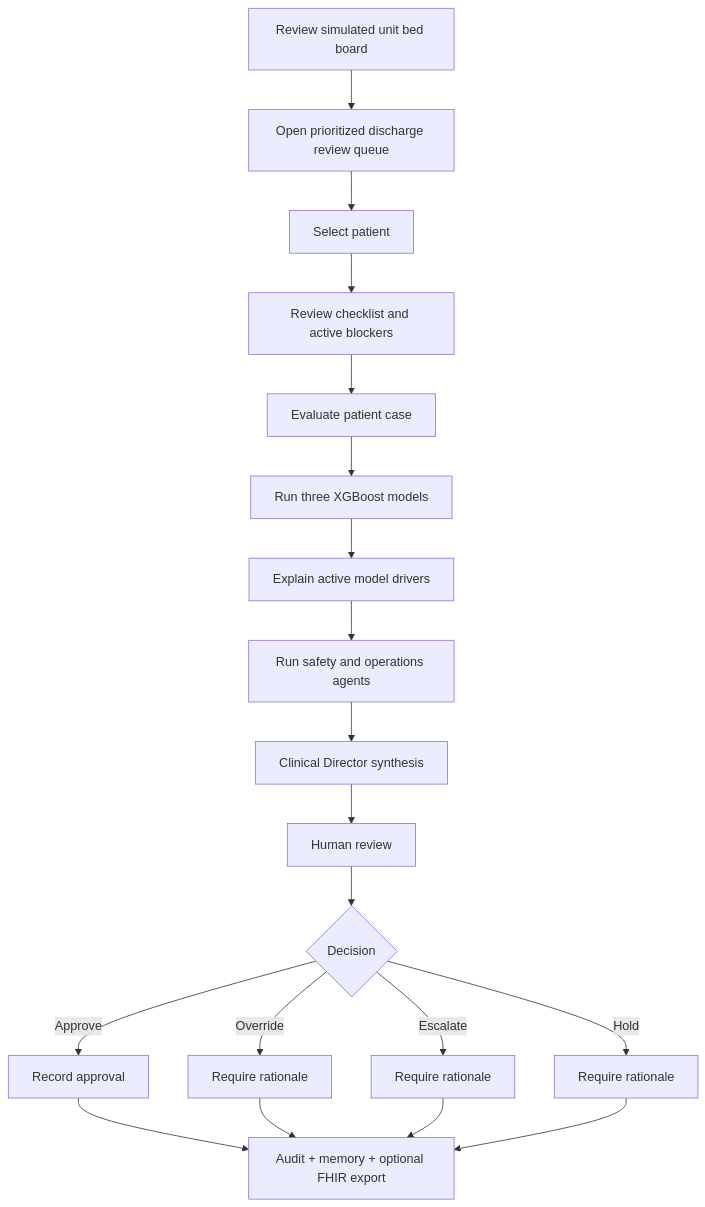
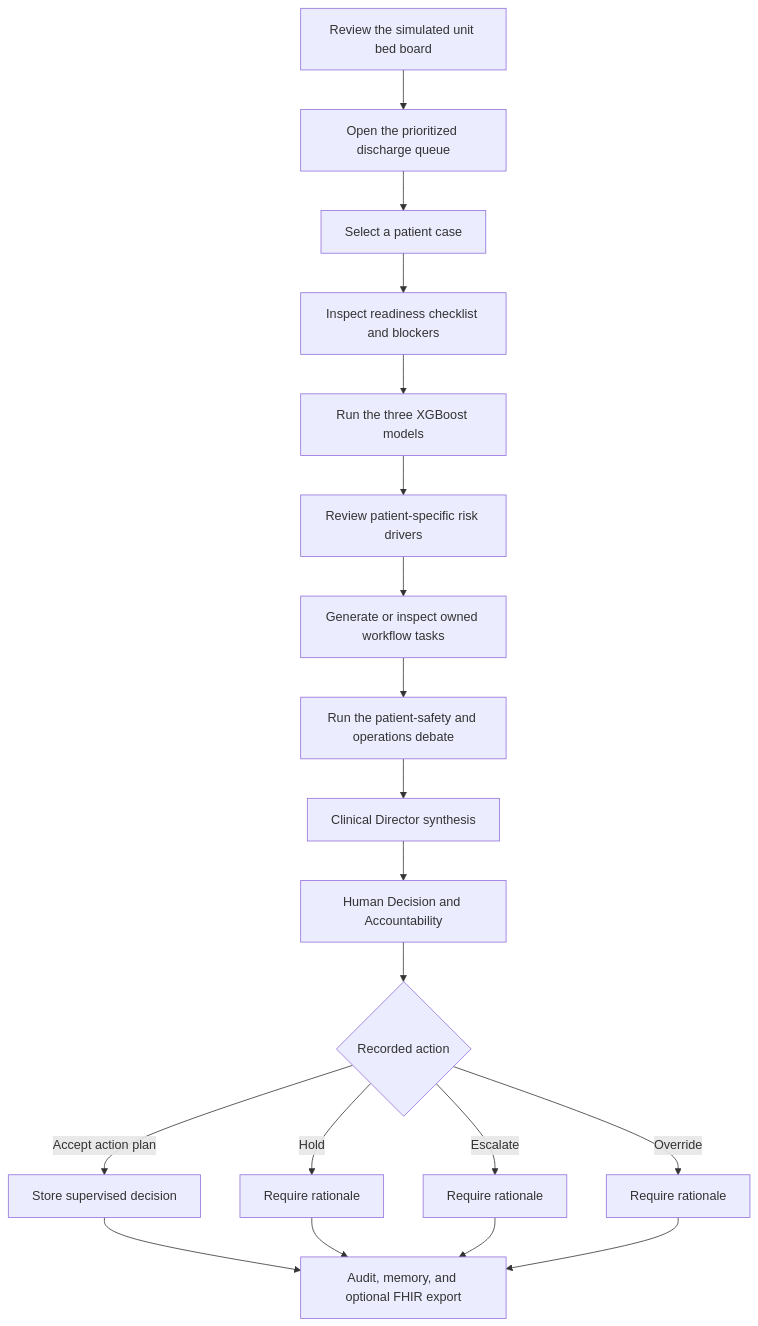
One commit to draculess99/BedFlow_AI changed the second of 8 diagrams in README.md. Above: the diagram before and after it, drawn with Mermaid. The commit also changed other lines of this file and 32 other files, not shown here.

````diff
--- a/README.md
+++ b/README.md
@@ -148,21 +145,21 @@
 ```mermaid
 flowchart TD
-    A[Review simulated unit bed board] --> B[Open prioritized discharge review queue]
-    B --> C[Select patient]
-    C --> D[Review checklist and active blockers]
-    D --> E[Evaluate patient case]
-    E --> F[Run three XGBoost models]
-    F --> G[Explain active model drivers]
-    G --> H[Run safety and operations agents]
-    H --> I[Clinical Director synthesis]
-    I --> J[Human review]
-    J --> K{Decision}
-    K -->|Approve| L[Record approval]
-    K -->|Override| M[Require rationale]
-    K -->|Escalate| N[Require rationale]
-    K -->|Hold| O[Require rationale]
-    L --> P[Audit + memory + optional FHIR export]
+    A["Review the simulated unit bed board"] --> B["Open the prioritized discharge queue"]
+    B --> C["Select a patient case"]
+    C --> D["Inspect readiness checklist and blockers"]
+    D --> E["Run the three XGBoost models"]
+    E --> F["Review patient-specific risk drivers"]
+    F --> G["Generate or inspect owned workflow tasks"]
+    G --> H["Run the patient-safety and operations debate"]
+    H --> I["Clinical Director synthesis"]
+    I --> J["Human Decision and Accountability"]
+    J --> K{"Recorded action"}
+    K -->|Accept action plan| L["Store supervised decision"]
+    K -->|Hold| M["Require rationale"]
+    K -->|Escalate| N["Require rationale"]
+    K -->|Override| O["Require rationale"]
+    L --> P["Audit, memory, and optional FHIR export"]
     M --> P
     N --> P
     O --> P
 ```
````
